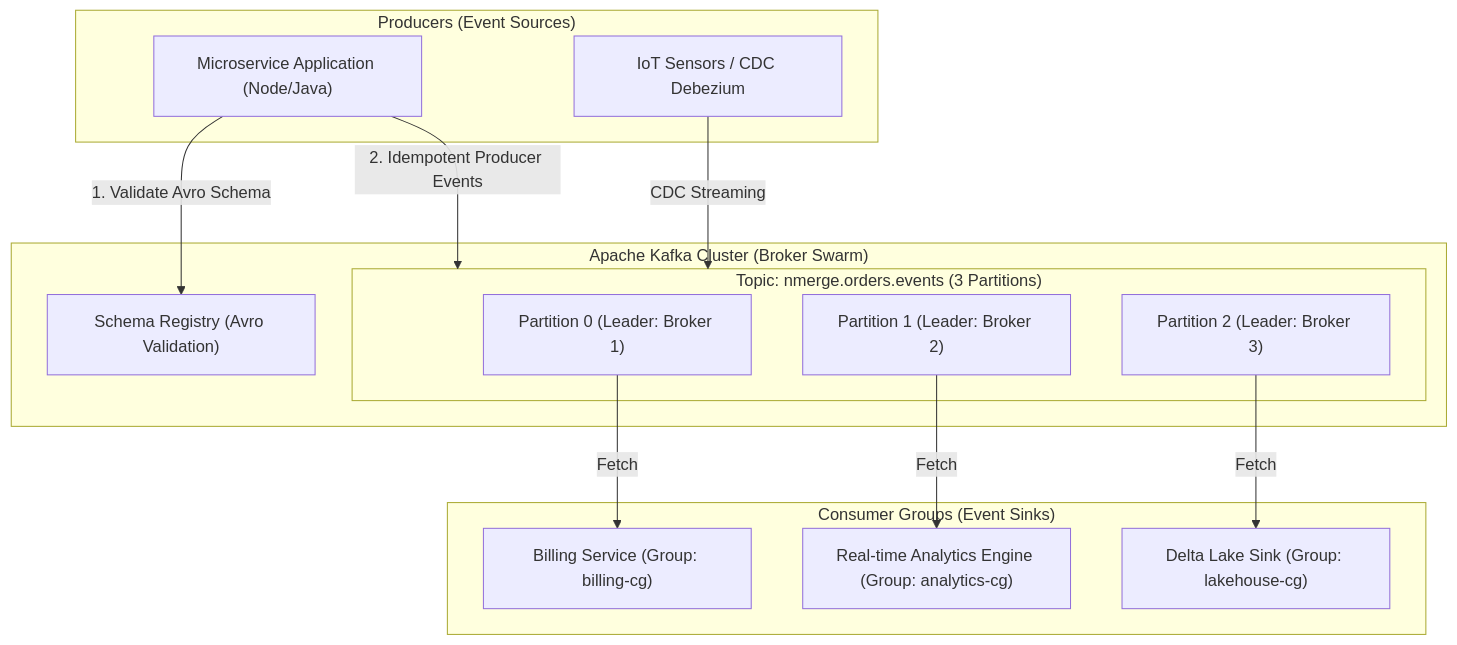
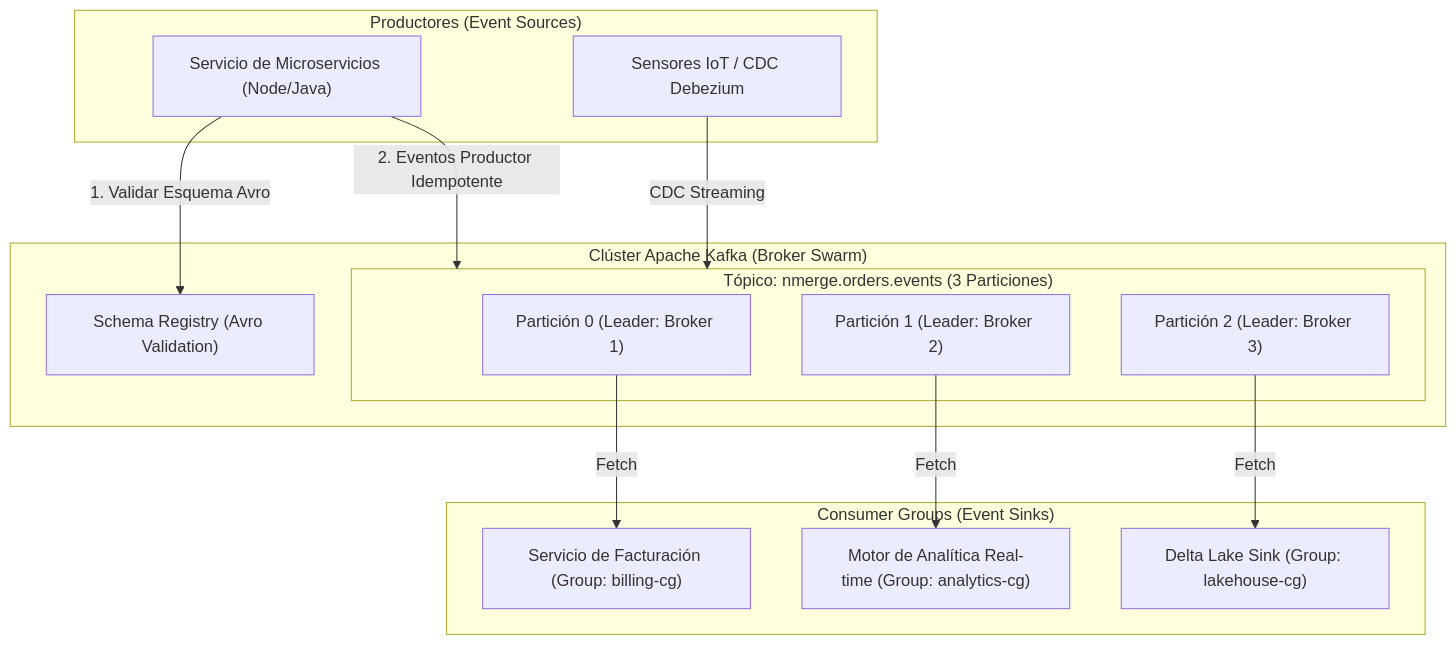
Before and after one commit to gjpierp/nmergeia: the diagram in public/docs/en/datascience_kafka.md, drawn with Mermaid. The commit also changed other lines of this file and 230 other files, not shown here.

````diff
--- a/public/docs/en/datascience_kafka.md
+++ b/public/docs/en/datascience_kafka.md
@@ -15,30 +15,30 @@
 ```mermaid
 flowchart TD
-    subgraph Producers ["Producers (Event Sources)"]
-        P1["Microservice Application (Node/Java)"]
-        P2["IoT Sensors / CDC Debezium"]
+    subgraph Producers ["Productores (Event Sources)"]
+        P1["Servicio de Microservicios (Node/Java)"]
+        P2["Sensores IoT / CDC Debezium"]
     end
 
-    subgraph KafkaCluster ["Apache Kafka Cluster (Broker Swarm)"]
-        subgraph TopicOrders ["Topic: nmerge.orders.events (3 Partitions)"]
-            Part0["Partition 0 (Leader: Broker 1)"]
-            Part1["Partition 1 (Leader: Broker 2)"]
-            Part2["Partition 2 (Leader: Broker 3)"]
+    subgraph KafkaCluster ["Clúster Apache Kafka (Broker Swarm)"]
+        subgraph TopicOrders ["Tópico: nmerge.orders.events (3 Particiones)"]
+            Part0["Partición 0 (Leader: Broker 1)"]
+            Part1["Partición 1 (Leader: Broker 2)"]
+            Part2["Partición 2 (Leader: Broker 3)"]
         end
         SR["Schema Registry (Avro Validation)"]
     end
 
     subgraph Consumers ["Consumer Groups (Event Sinks)"]
-        CG1["Billing Service (Group: billing-cg)"]
-        CG2["Real-time Analytics Engine (Group: analytics-cg)"]
+        CG1["Servicio de Facturación (Group: billing-cg)"]
+        CG2["Motor de Analítica Real-time (Group: analytics-cg)"]
         CG3["Delta Lake Sink (Group: lakehouse-cg)"]
     end
 
-    P1 -->|1. Validate Avro Schema| SR
-    P1 -->|2. Idempotent Producer Events| TopicOrders
+    P1 -->|1. Validar Esquema Avro| SR
+    P1 -->|2. Eventos Productor Idempotente| TopicOrders
     P2 -->|CDC Streaming| TopicOrders
 
     Part0 -->|Fetch| CG1
     Part1 -->|Fetch| CG2
     Part2 -->|Fetch| CG3
 ```
````
